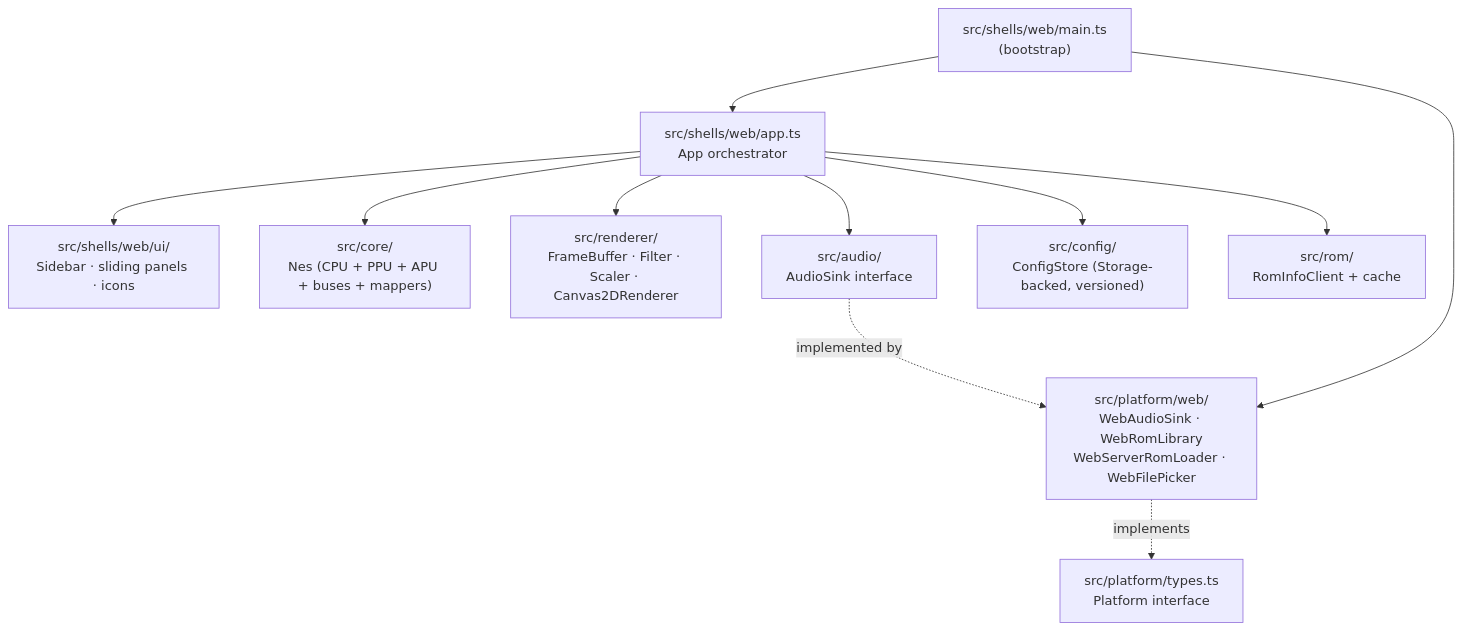
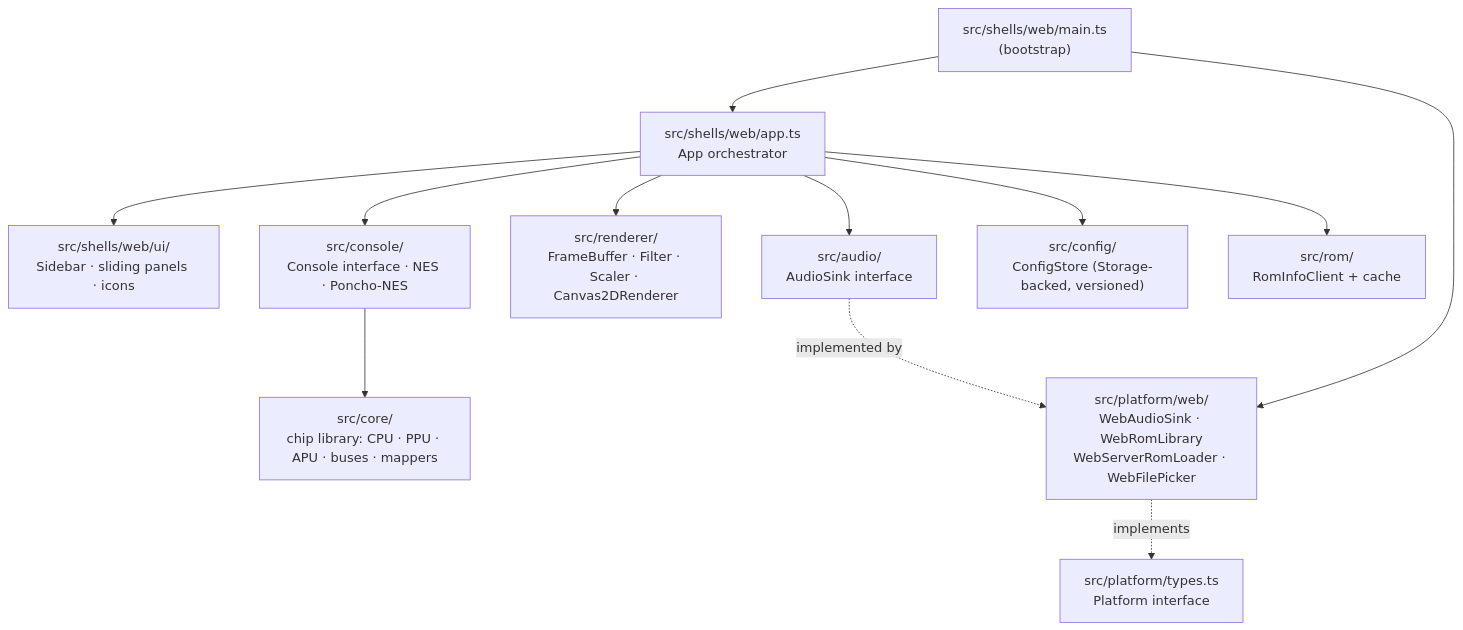
Before and after one commit to DaJungle79/poncho: the second of 2 diagrams in docs/architecture.md, drawn with Mermaid. The commit also changed other lines of this file and 54 other files, not shown here.

First line of the commit message:
build the poncho-nes virtual console

````diff
--- a/docs/architecture.md
+++ b/docs/architecture.md
@@ -37,13 +37,14 @@
 ```mermaid
 flowchart TD
     Main["src/shells/web/main.ts<br/>(bootstrap)"] --> App["src/shells/web/app.ts<br/>App orchestrator"]
     Main --> Platform["src/platform/web/<br/>WebAudioSink · WebRomLibrary<br/>WebServerRomLoader · WebFilePicker"]
     App --> UI["src/shells/web/ui/<br/>Sidebar · sliding panels · icons"]
-    App --> Core["src/core/<br/>Nes (CPU + PPU + APU + buses + mappers)"]
+    App --> Console["src/console/<br/>Console interface · NES · Poncho-NES"]
     App --> Renderer["src/renderer/<br/>FrameBuffer · Filter · Scaler · Canvas2DRenderer"]
     App --> Audio["src/audio/<br/>AudioSink interface"]
     App --> Config["src/config/<br/>ConfigStore (Storage-backed, versioned)"]
     App --> Rom["src/rom/<br/>RomInfoClient + cache"]
+    Console --> Core["src/core/<br/>chip library: CPU · PPU · APU · buses · mappers"]
     Platform -. "implements" .-> PlatformIface["src/platform/types.ts<br/>Platform interface"]
     Audio -. "implemented by" .-> Platform
 ```
````
